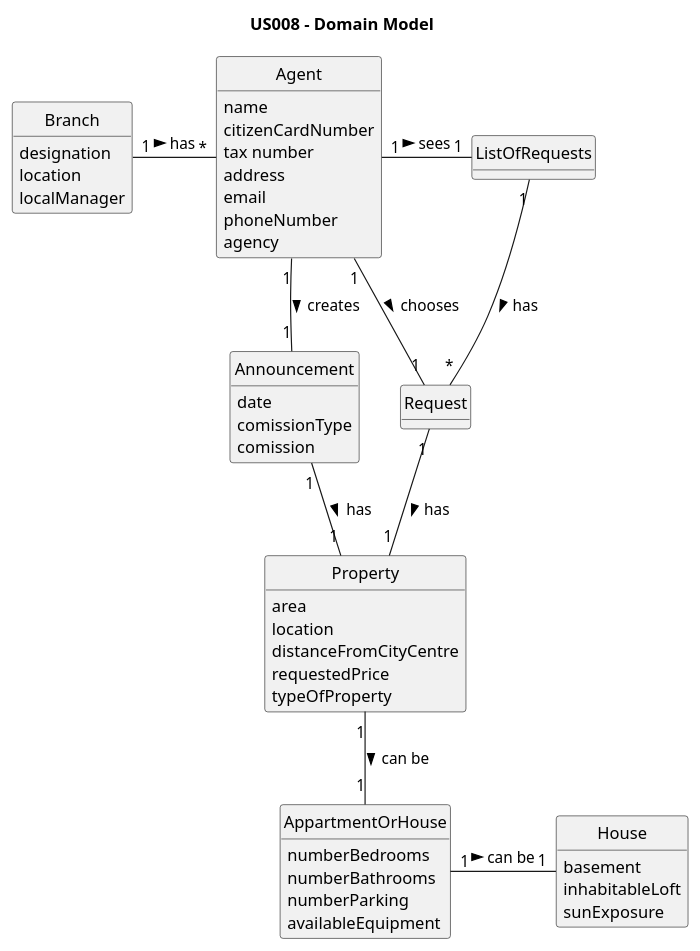
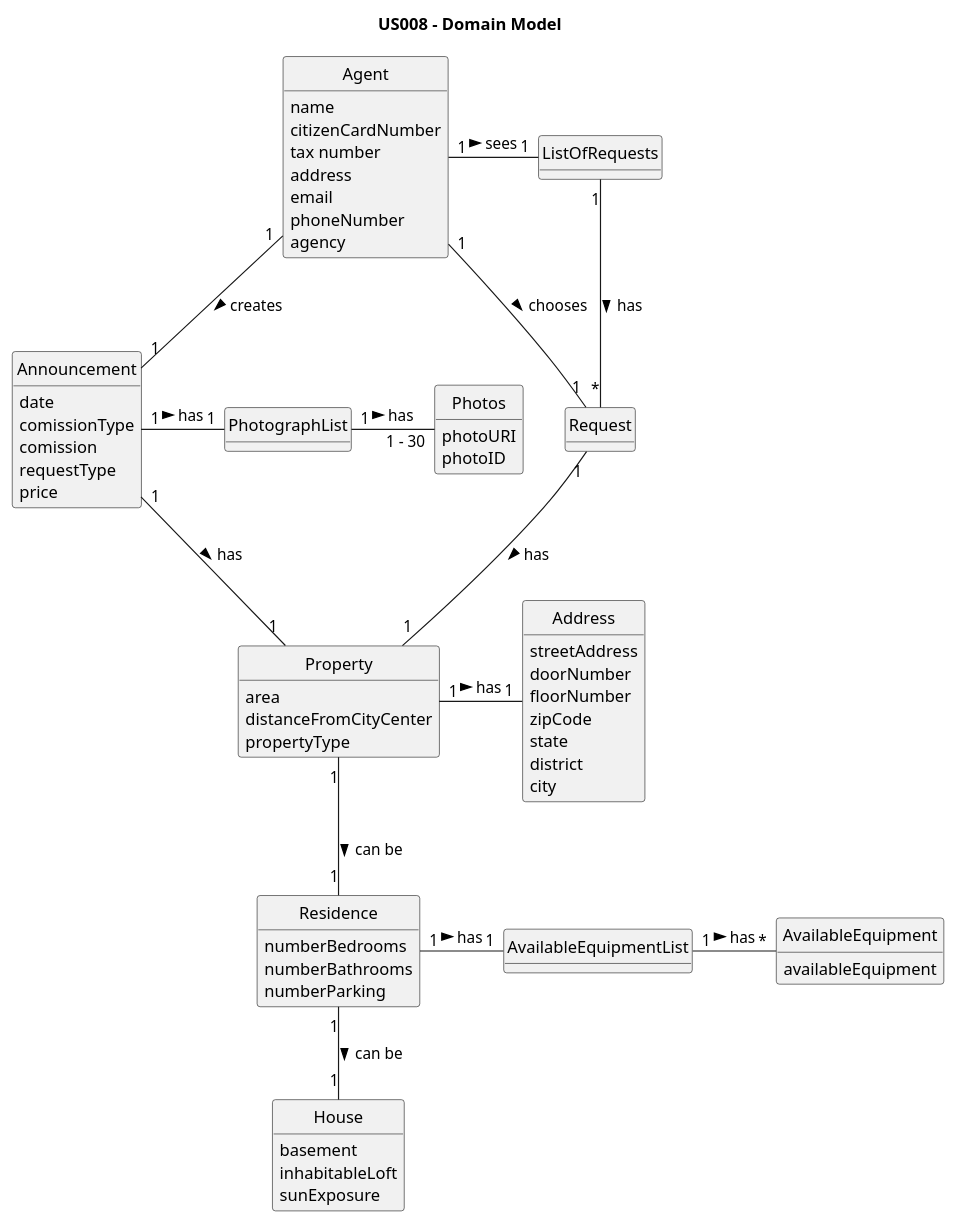
Before and after one commit to 1220812/LAPR2: the diagram in docs/sprintD/us008/02.analysis/puml/us008-domain-model.puml, drawn with PlantUML. The commit also changed 5 other files, not shown here.

```diff
--- a/docs/sprintD/us008/02.analysis/puml/us008-domain-model.puml
+++ b/docs/sprintD/us008/02.analysis/puml/us008-domain-model.puml
@@ -1,70 +1,92 @@
 @startuml
 skinparam monochrome true
 skinparam packageStyle rectangle
 skinparam shadowing false
 
 skinparam classAttributeIconSize 0
 
 hide circle
 hide methods
 
 title US008 - Domain Model
 
-class Branch {
-    designation
-    location
-    localManager
-}
 
 class Agent {
     name
     citizenCardNumber
     tax number
     address
     email
     phoneNumber
     agency
 }
 
 class Property {
     area
-    location
-    distanceFromCityCentre
-    requestedPrice
-    typeOfProperty
+    distanceFromCityCenter
+    propertyType
+}
+
+class PhotographList {
+}
+
+class Photos {
+    photoURI
+    photoID
 }
 
 class Announcement {
     date
     comissionType
     comission
+    requestType
+    price
 }
 
-class AppartmentOrHouse {
+class Residence {
     numberBedrooms
     numberBathrooms
     numberParking
+}
+
+class AvailableEquipmentList {
+}
+
+class AvailableEquipment {
     availableEquipment
 }
 
 class House {
     basement
     inhabitableLoft
     sunExposure
 }
 
-class Request{
+class Address {
+    streetAddress
+    doorNumber
+    floorNumber
+    zipCode
+    state
+    district
+    city
 }
 
-Branch "1" - "*" Agent : has >
+class Request
+
 Agent "1" - "1" ListOfRequests : sees >
 ListOfRequests "1" -- "*" Request : has >
 Announcement "1" -- "1" Property : has >
 Agent "1" -- "1" Request : chooses >
-Property "1" -- "1" AppartmentOrHouse : can be >
-AppartmentOrHouse "1" - "1" House : can be >
+Property "1" -- "1" Residence : can be >
+Property "1" - "1" Address : has >
+Residence "1" -- "1" House : can be >
 Request "1" -- "1" Property : has >
 Agent "1" -- "1" Announcement : creates >
+Residence "1" - "1" AvailableEquipmentList : has >
+AvailableEquipmentList "1" - "*" AvailableEquipment : has >
+Announcement "1" - "1" PhotographList : has >
+PhotographList "1" - "1 - 30" Photos : has >
 
 
 @enduml
```
